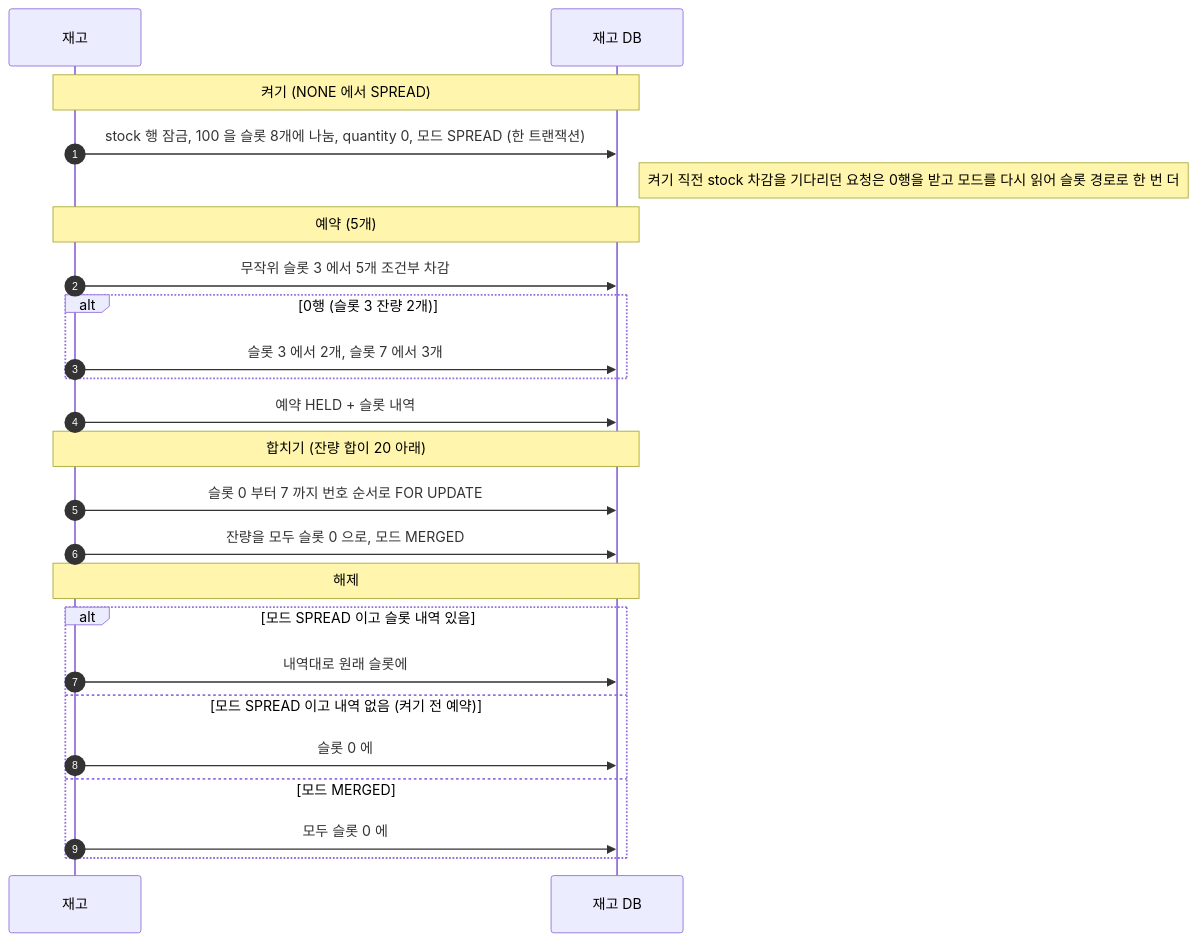
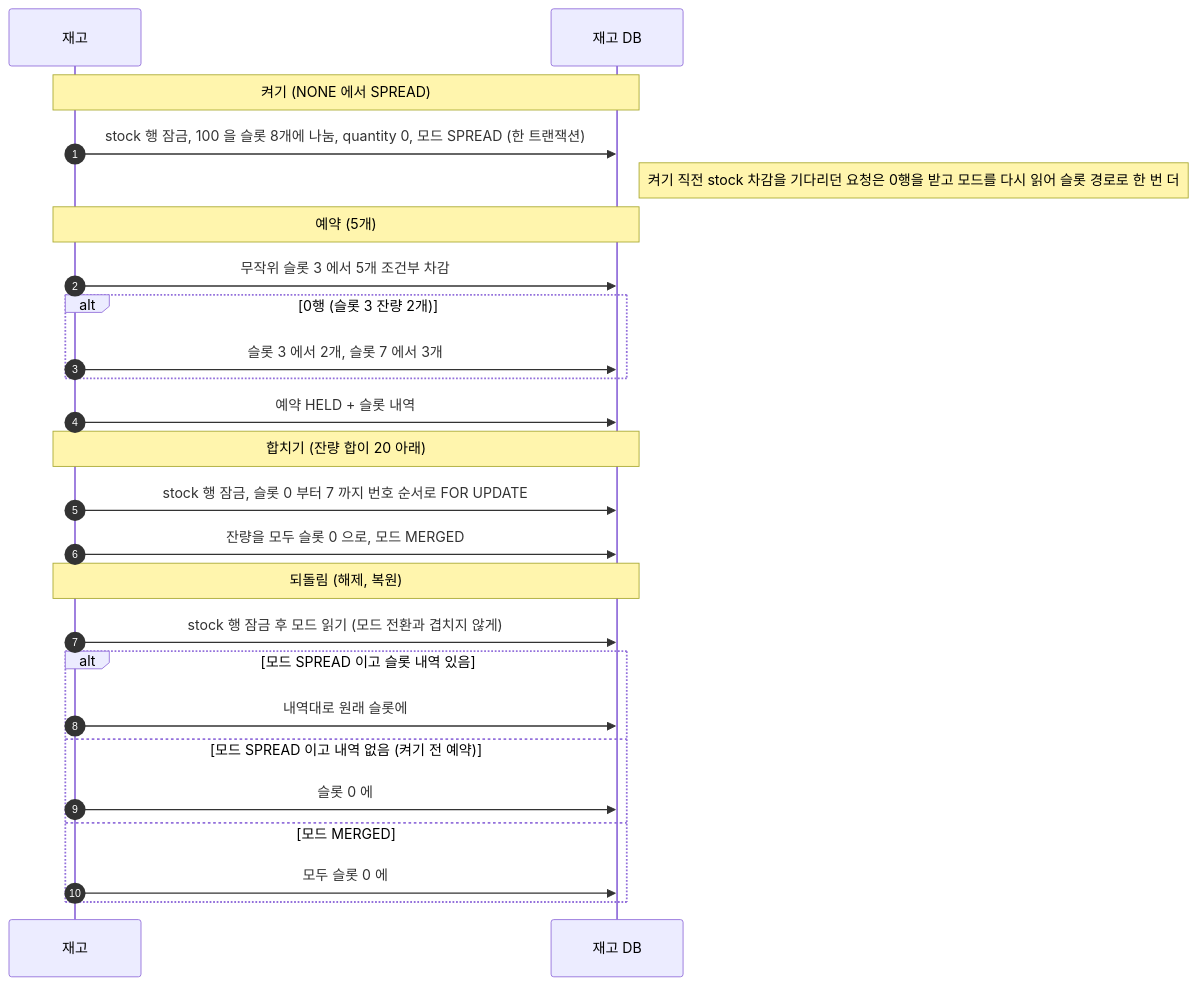
One commit to Bamdule/dawn-delivery-commerce changed the fourth of 5 diagrams in docs/sequence/02-재고.md. Above: the diagram before and after it, drawn with Mermaid. The commit also changed other lines of this file and 16 other files, not shown here.

````diff
--- a/docs/sequence/02-재고.md
+++ b/docs/sequence/02-재고.md
@@ -111,30 +112,31 @@
 ```mermaid
 sequenceDiagram
     autonumber
     participant 재고
     participant DB as 재고 DB
 
     Note over 재고,DB: 켜기 (NONE 에서 SPREAD)
     재고->>DB: stock 행 잠금, 100 을 슬롯 8개에 나눔, quantity 0, 모드 SPREAD (한 트랜잭션)
     Note right of DB: 켜기 직전 stock 차감을 기다리던 요청은 0행을 받고 모드를 다시 읽어 슬롯 경로로 한 번 더
 
     Note over 재고,DB: 예약 (5개)
     재고->>DB: 무작위 슬롯 3 에서 5개 조건부 차감
     alt 0행 (슬롯 3 잔량 2개)
         재고->>DB: 슬롯 3 에서 2개, 슬롯 7 에서 3개
     end
     재고->>DB: 예약 HELD + 슬롯 내역
 
     Note over 재고,DB: 합치기 (잔량 합이 20 아래)
-    재고->>DB: 슬롯 0 부터 7 까지 번호 순서로 FOR UPDATE
+    재고->>DB: stock 행 잠금, 슬롯 0 부터 7 까지 번호 순서로 FOR UPDATE
     재고->>DB: 잔량을 모두 슬롯 0 으로, 모드 MERGED
 
-    Note over 재고,DB: 해제
+    Note over 재고,DB: 되돌림 (해제, 복원)
+    재고->>DB: stock 행 잠금 후 모드 읽기 (모드 전환과 겹치지 않게)
     alt 모드 SPREAD 이고 슬롯 내역 있음
         재고->>DB: 내역대로 원래 슬롯에
     else 모드 SPREAD 이고 내역 없음 (켜기 전 예약)
         재고->>DB: 슬롯 0 에
     else 모드 MERGED
         재고->>DB: 모두 슬롯 0 에
     end
 ```
````
